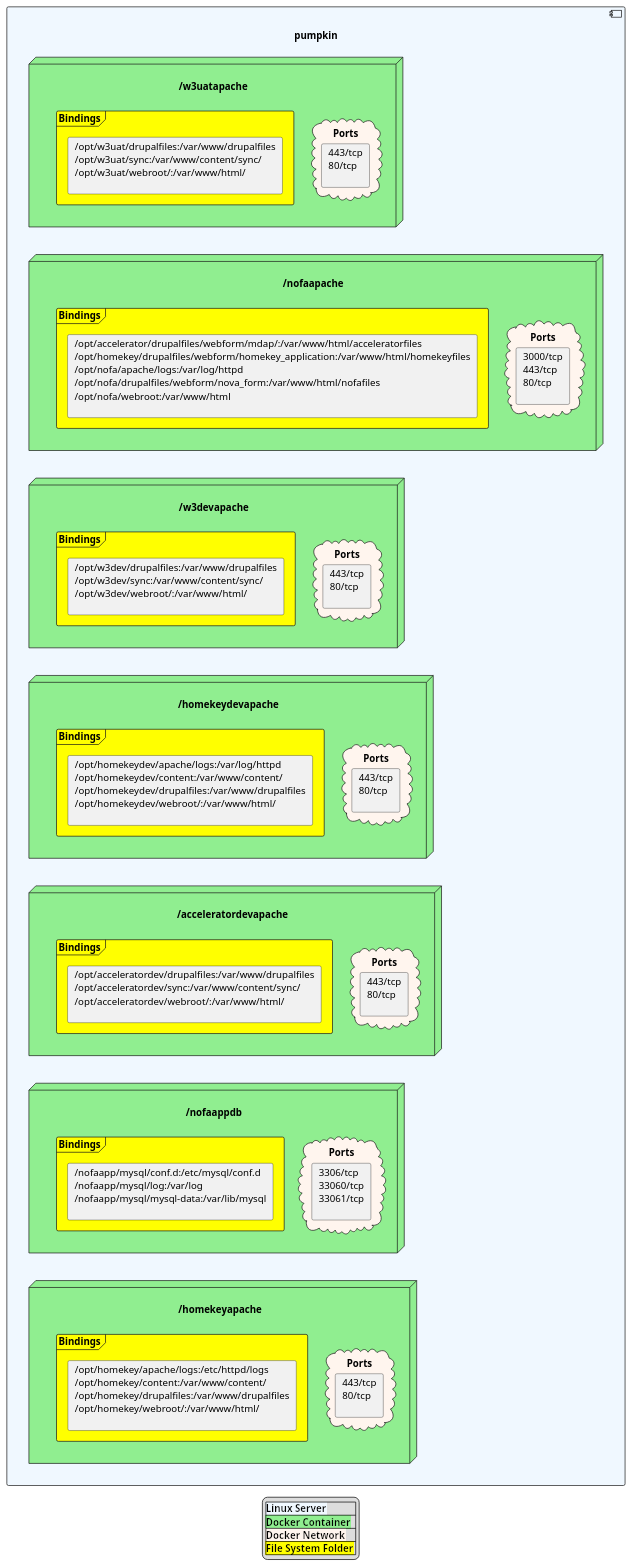
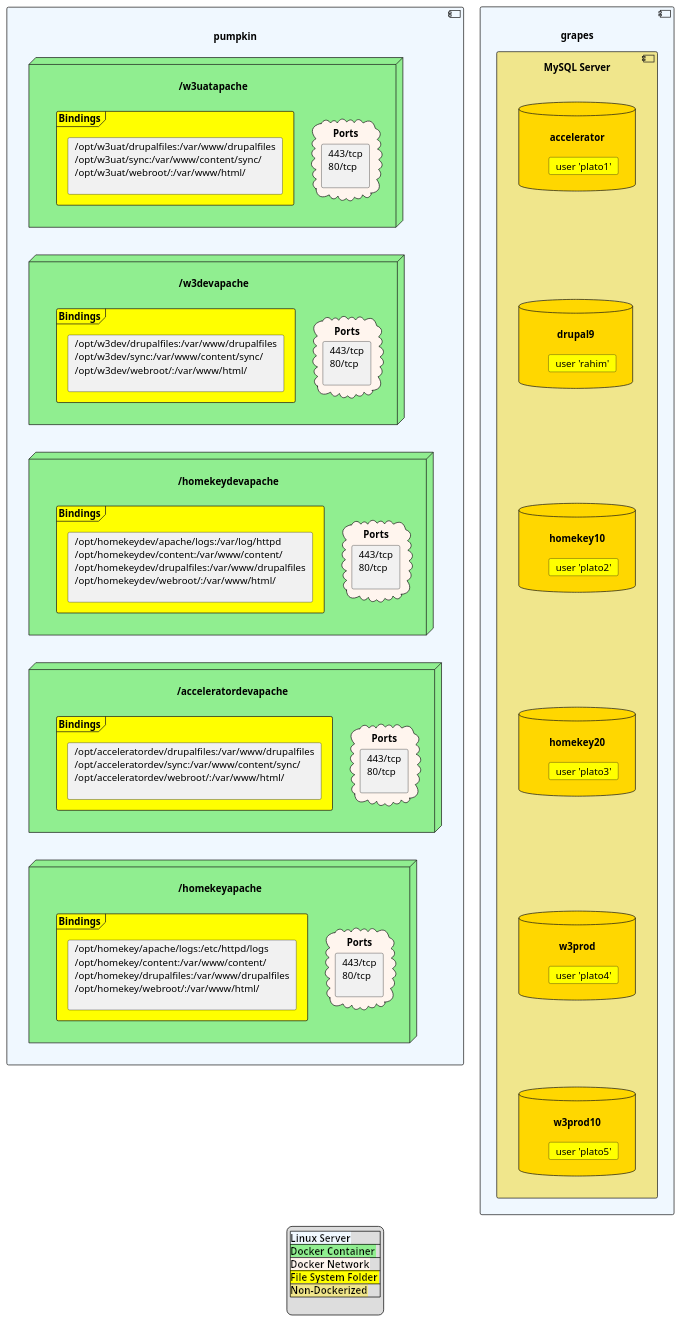
Before and after one commit to ppalacz/hcdDoc: the diagram in DrupalWeb/plantuml/pumpkinDrupal220120.puml, drawn with PlantUML.

Commit message:
Sync 220120-16

```diff
--- a/DrupalWeb/plantuml/pumpkinDrupal220120.puml
+++ b/DrupalWeb/plantuml/pumpkinDrupal220120.puml
@@ -1,119 +1,145 @@
 @startuml "Generated"
 'on: 2022-01-20T13:58:52.811-08:00
 ' hide stereotype
 legend
 |<back:AliceBlue><b>Linux Server   </b></back>|
 |<back:LightGreen><b>Docker Container</b></back>|
 |<back:SeaShell><b>Docker Network    </b></back>|
 |<back:Yellow><b>File System Folder </b></back>|
+|<back:Khaki><b>Non-Dockerized</b></back>|
+ 
 endlegend
 
 	component "\npumpkin" as x136404212 #AliceBlue {
 	
 
 		node "\n/w3uatapache" as x212689061 #LightGreen {
 	
 
 			cloud "Ports" as ports958 #SeaShell {
 			card "443/tcp\n80/tcp\n" as pval135
 }
 
 			frame "Bindings"  as bind770 #Yellow {
 			card "/opt/w3uat/drupalfiles:/var/www/drupalfiles\n/opt/w3uat/sync:/var/www/content/sync/\n/opt/w3uat/webroot/:/var/www/html/\n" as cval968
 			}
 
 	}
 
-		node "\n/nofaapache" as x51798953 #LightGreen {
-	
-
-			cloud "Ports" as ports597 #SeaShell {
-			card "3000/tcp\n443/tcp\n80/tcp\n" as pval173
-}
-
-			frame "Bindings"  as bind555 #Yellow {
-			card "/opt/accelerator/drupalfiles/webform/mdap/:/var/www/html/acceleratorfiles\n/opt/homekey/drupalfiles/webform/homekey_application:/var/www/html/homekeyfiles\n/opt/nofa/apache/logs:/var/log/httpd\n/opt/nofa/drupalfiles/webform/nova_form:/var/www/html/nofafiles\n/opt/nofa/webroot:/var/www/html\n" as cval721
-			}
-
-	}
+	 
 
 		node "\n/w3devapache" as x227844470 #LightGreen {
 	
 
 			cloud "Ports" as ports808 #SeaShell {
 			card "443/tcp\n80/tcp\n" as pval895
 }
 
 			frame "Bindings"  as bind407 #Yellow {
 			card "/opt/w3dev/drupalfiles:/var/www/drupalfiles\n/opt/w3dev/sync:/var/www/content/sync/\n/opt/w3dev/webroot/:/var/www/html/\n" as cval304
 			}
 
 	}
 
 		node "\n/homekeydevapache" as x237945370 #LightGreen {
 	
 
 			cloud "Ports" as ports892 #SeaShell {
 			card "443/tcp\n80/tcp\n" as pval745
 }
 
 			frame "Bindings"  as bind260 #Yellow {
 			card "/opt/homekeydev/apache/logs:/var/log/httpd\n/opt/homekeydev/content:/var/www/content/\n/opt/homekeydev/drupalfiles:/var/www/drupalfiles\n/opt/homekeydev/webroot/:/var/www/html/\n" as cval71
 			}
 
 	}
 
 	 
 
 		node "\n/acceleratordevapache" as x81443005 #LightGreen {
 	
 
 			cloud "Ports" as ports979 #SeaShell {
 			card "443/tcp\n80/tcp\n" as pval622
 }
 
 			frame "Bindings"  as bind343 #Yellow {
 			card "/opt/acceleratordev/drupalfiles:/var/www/drupalfiles\n/opt/acceleratordev/sync:/var/www/content/sync/\n/opt/acceleratordev/webroot/:/var/www/html/\n" as cval535
 			}
 
 	}
 
-		node "\n/nofaappdb" as x4480958 #LightGreen {
-	
-
-			cloud "Ports" as ports860 #SeaShell {
-			card "3306/tcp\n33060/tcp\n33061/tcp\n" as pval994
-}
-
-			frame "Bindings"  as bind752 #Yellow {
-			card "/nofaapp/mysql/conf.d:/etc/mysql/conf.d\n/nofaapp/mysql/log:/var/log\n/nofaapp/mysql/mysql-data:/var/lib/mysql\n" as cval315
-			}
-
-	}
 
 		node "\n/homekeyapache" as x111235695 #LightGreen {
 	
 
 			cloud "Ports" as ports939 #SeaShell {
 			card "443/tcp\n80/tcp\n" as pval644
 }
 
 			frame "Bindings"  as bind864 #Yellow {
 			card "/opt/homekey/apache/logs:/etc/httpd/logs\n/opt/homekey/content:/var/www/content/\n/opt/homekey/drupalfiles:/var/www/drupalfiles\n/opt/homekey/webroot/:/var/www/html/\n" as cval116
 			}
 
 	}
 
 	 
 
 	 
-x212689061 -[hidden]- x51798953
-x51798953 -[hidden]- x227844470
+x212689061 -[hidden]- x227844470
 x227844470 -[hidden]-  x237945370
 x237945370 -[hidden]- x81443005
-x81443005 -[hidden]- x4480958
-x4480958 -[hidden]- x111235695
+x81443005 -[hidden]- x111235695
  
 
 }
+
+ component "\ngrapes" as xgrapes #AliceBlue {
+
+     component "MySQL Server\n" as xgrsql #Khaki {
+
+          database "\naccelerator" as xaccb #Gold {
+            card "user 'plato1'" as cval111 #Yellow
+         }
+
+
+ 
+         database "\ndrupal9" as xd9b #Gold {
+            card "user 'rahim'" as cval112 #Yellow
+         }
+
+        xaccb -[hidden]- xd9b
+
+         database "\nhomekey10" as xhk10b #Gold {
+
+                 card "user 'plato2'" as cval113 #Yellow        
+         }
+
+         xd9b -[hidden]- xhk10b
+
+         database "\nhomekey20" as xhk20b #Gold {
+
+                 card "user 'plato3'" as cval114 #Yellow             
+         
+         }
+        
+        xhk10b -[hidden]- xhk20b
+
+         database "\nw3prod" as xw3prodb  #Gold {
+
+                 card "user 'plato4'" as cval115 #Yellow             
+         }
+        xhk20b -[hidden]- xw3prodb
+        
+        database "\nw3prod10" as xw3prod10b #Gold {
+
+                 card "user 'plato5'" as cval1236 #Yellow            
+         }
+
+        xw3prodb -[hidden]- xw3prod10b
+     }
+
+ }
+
+
 @enduml
```
